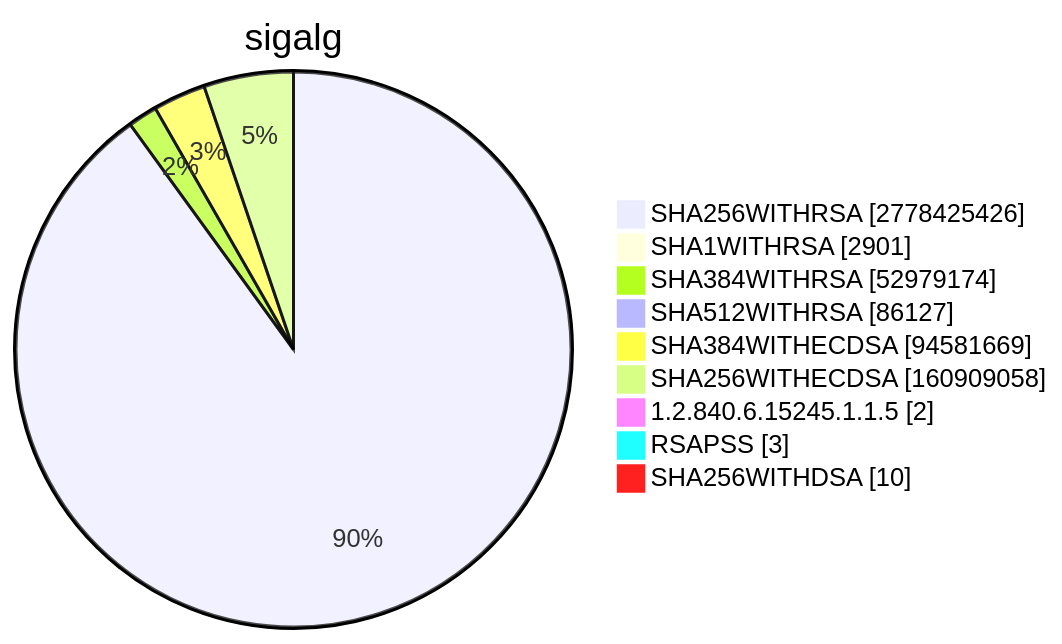
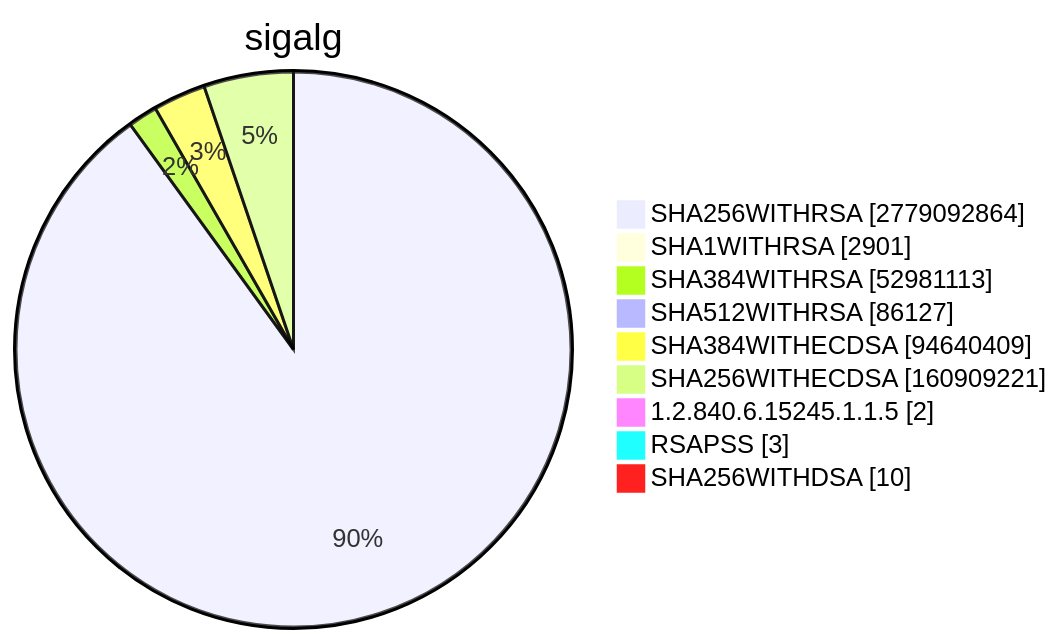
One commit to christiankrug/ctmonitor_visualization changed diagram 15 of 15 in TOTAL/README.md. Above: the diagram before and after it, drawn with Mermaid. The commit also changed other lines of this file, not shown here.

````diff
--- a/TOTAL/README.md
+++ b/TOTAL/README.md
@@ -6207,13 +6207,13 @@
 ```mermaid
 pie showData
 title sigalg
-"SHA256WITHRSA" :2778425426
+"SHA256WITHRSA" :2779092864
 "SHA1WITHRSA" :2901
-"SHA384WITHRSA" :52979174
+"SHA384WITHRSA" :52981113
 "SHA512WITHRSA" :86127
-"SHA384WITHECDSA" :94581669
-"SHA256WITHECDSA" :160909058
+"SHA384WITHECDSA" :94640409
+"SHA256WITHECDSA" :160909221
 "1.2.840.6.15245.1.1.5" :2
 "RSAPSS" :3
 "SHA256WITHDSA" :10
 ```
````
